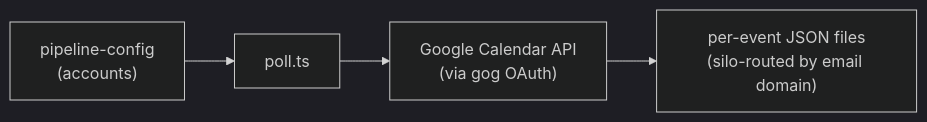
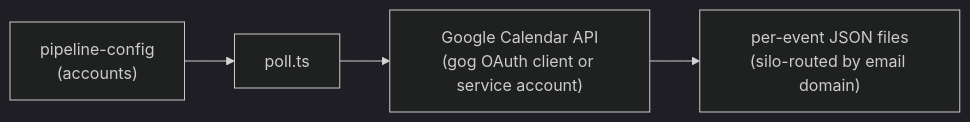
Before and after one commit to karmaniverous/jeeves-scripts-template: the diagram in src/calendar/README.md, drawn with Mermaid (dark theme). The commit also changed other lines of this file and 4 other files, not shown here.

````diff
--- a/src/calendar/README.md
+++ b/src/calendar/README.md
@@ -13,6 +13,6 @@
 ```mermaid
 flowchart LR
   config["pipeline-config\n(accounts)"] --> poll["poll.ts"]
-  poll --> gcal["Google Calendar API\n(via gog OAuth)"]
+  poll --> gcal["Google Calendar API\n(gog OAuth client or service account)"]
   gcal --> events["per-event JSON files\n(silo-routed by email domain)"]
 ```
````
